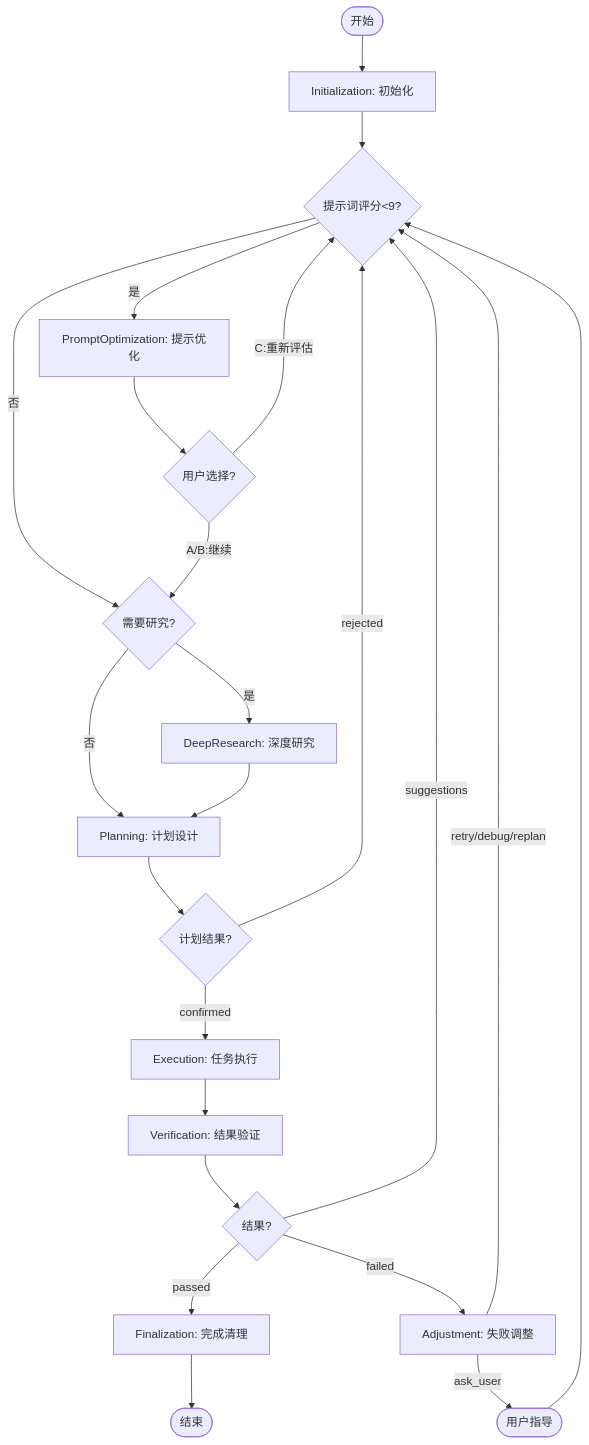
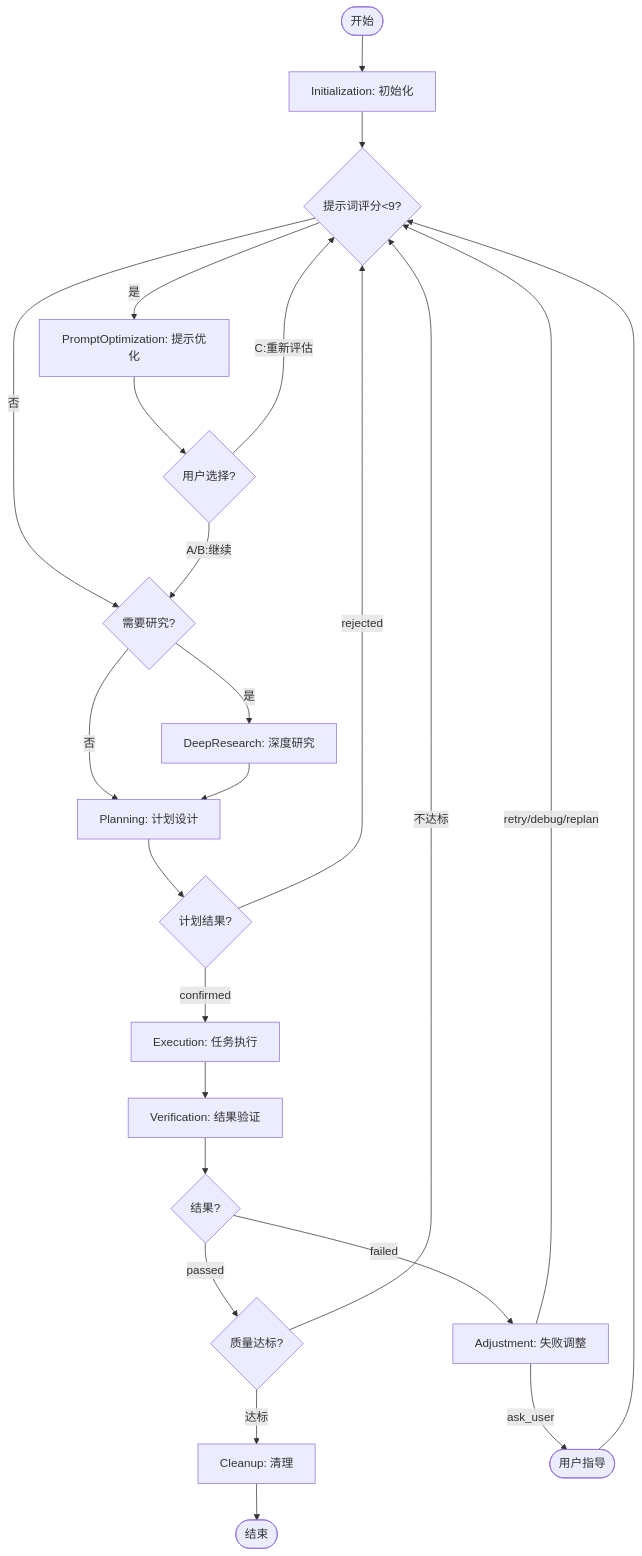
Before and after one commit to lazygophers/ccplugin: the diagram in plugins/tools/task/skills/loop/detailed-flow.md, drawn with Mermaid. The commit also changed other lines of this file and 30 other files, not shown here.

````diff
--- a/plugins/tools/task/skills/loop/detailed-flow.md
+++ b/plugins/tools/task/skills/loop/detailed-flow.md
@@ -21,24 +22,25 @@
 ```mermaid
 flowchart TD
     Start([开始]) --> Init[Initialization: 初始化]
     Init --> PromptOpt{提示词评分<9?}
     PromptOpt -->|是| PO[PromptOptimization: 提示优化]
     PromptOpt -->|否| DeepRes{需要研究?}
     PO --> UserChoice{用户选择?}
     UserChoice -->|A/B:继续| DeepRes
     UserChoice -->|C:重新评估| PromptOpt
     DeepRes -->|是| DR[DeepResearch: 深度研究]
     DeepRes -->|否| Plan[Planning: 计划设计]
     DR --> Plan
     Plan --> PlanResult{计划结果?}
     PlanResult -->|confirmed| Exec[Execution: 任务执行]
     PlanResult -->|rejected| PromptOpt
     Exec --> Verify[Verification: 结果验证]
     Verify --> Decision{结果?}
-    Decision -->|passed| Final[Finalization: 完成清理]
-    Decision -->|suggestions| PromptOpt
+    Decision -->|passed| QG{质量达标?}
     Decision -->|failed| Adjust[Adjustment: 失败调整]
+    QG -->|达标| Clean[Cleanup: 清理]
+    QG -->|不达标| PromptOpt
     Adjust -->|retry/debug/replan| PromptOpt
     Adjust -->|ask_user| User([用户指导]) --> PromptOpt
-    Final --> End([结束])
+    Clean --> End([结束])
 ```
````
